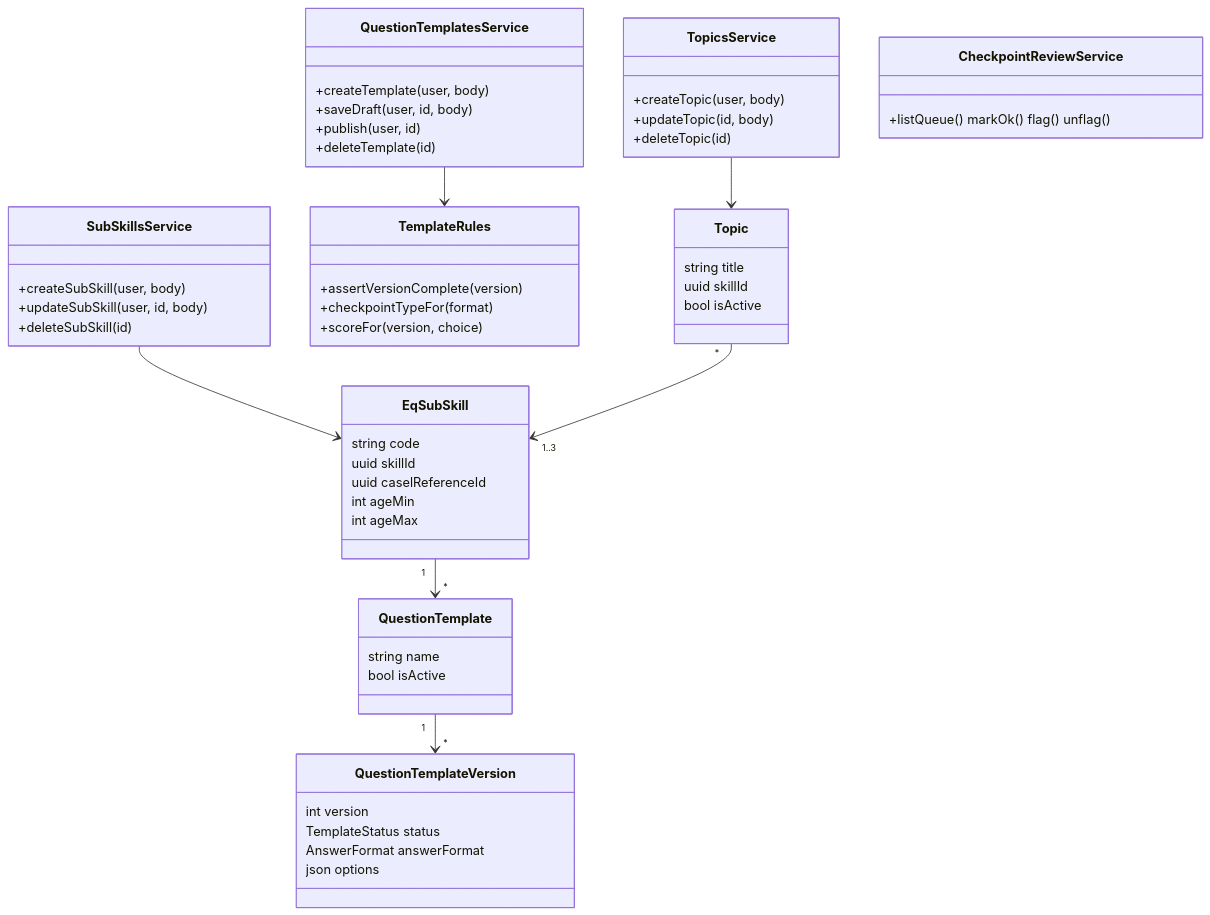
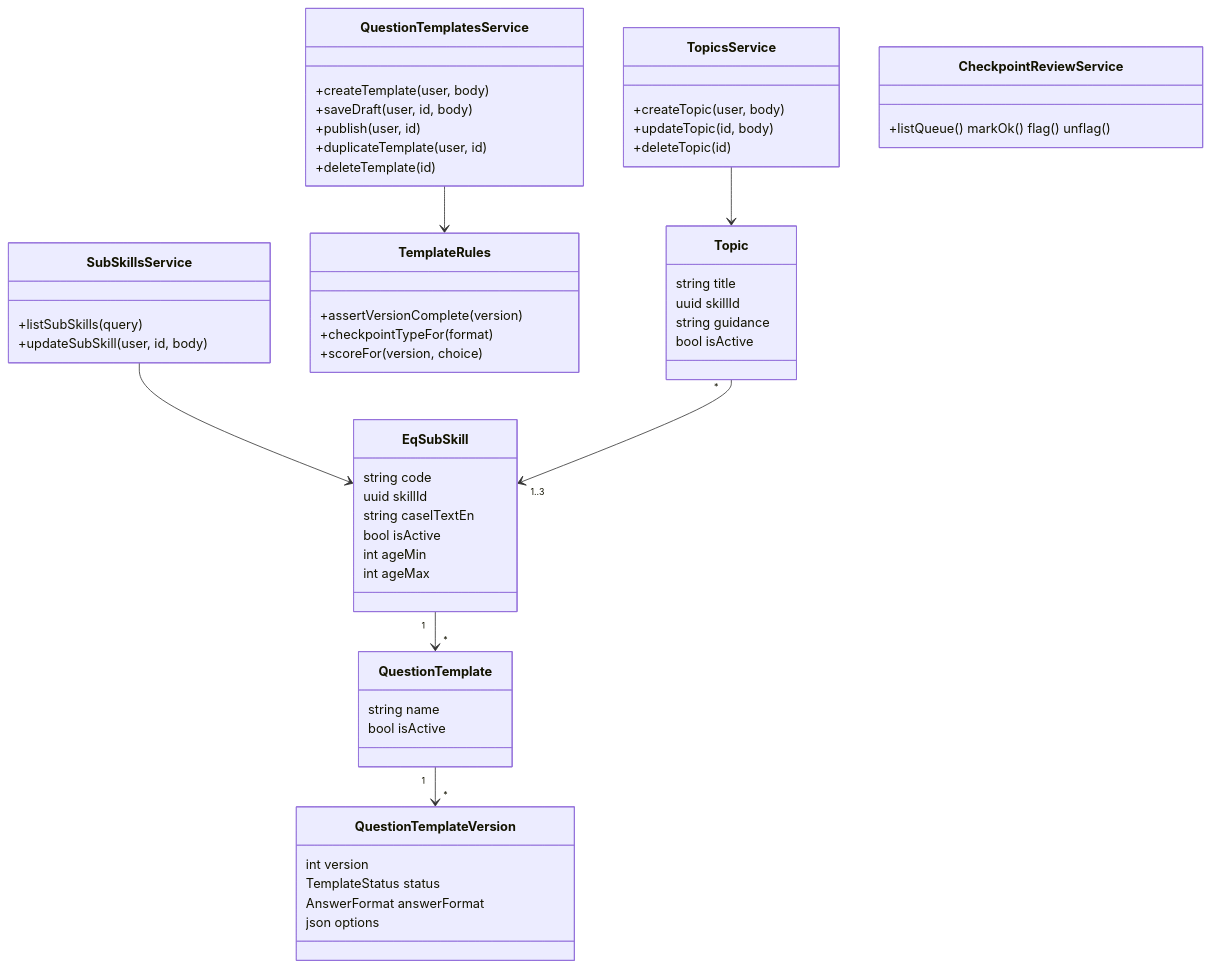
One commit to SEP490-GFA26SE186/BE changed the diagram in docs/diagrams/sdd/3.3-pedagogy-class.mmd. Above: the diagram before and after it, drawn with Mermaid. The commit also changed 23 other files, not shown here.

Commit message:
Update diagrams and add new sequences for admin and analysis features; enhance class structures and use cases for better clarity and functionality.

```diff
--- a/docs/diagrams/sdd/3.3-pedagogy-class.mmd
+++ b/docs/diagrams/sdd/3.3-pedagogy-class.mmd
@@ -1,53 +1,55 @@
 classDiagram
   class SubSkillsService {
-    +createSubSkill(user, body)
+    +listSubSkills(query)
     +updateSubSkill(user, id, body)
-    +deleteSubSkill(id)
   }
   class TopicsService {
     +createTopic(user, body)
     +updateTopic(id, body)
     +deleteTopic(id)
   }
   class QuestionTemplatesService {
     +createTemplate(user, body)
     +saveDraft(user, id, body)
     +publish(user, id)
+    +duplicateTemplate(user, id)
     +deleteTemplate(id)
   }
   class TemplateRules {
     +assertVersionComplete(version)
     +checkpointTypeFor(format)
     +scoreFor(version, choice)
   }
   class CheckpointReviewService {
     +listQueue() markOk() flag() unflag()
   }
   class EqSubSkill {
     string code
     uuid skillId
-    uuid caselReferenceId
+    string caselTextEn
+    bool isActive
     int ageMin
     int ageMax
   }
   class QuestionTemplate {
     string name
     bool isActive
   }
   class QuestionTemplateVersion {
     int version
     TemplateStatus status
     AnswerFormat answerFormat
     json options
   }
   class Topic {
     string title
     uuid skillId
+    string guidance
     bool isActive
   }
   SubSkillsService --> EqSubSkill
   TopicsService --> Topic
   QuestionTemplatesService --> TemplateRules
   QuestionTemplate "1" --> "*" QuestionTemplateVersion
   EqSubSkill "1" --> "*" QuestionTemplate
   Topic "*" --> "1..3" EqSubSkill
```
